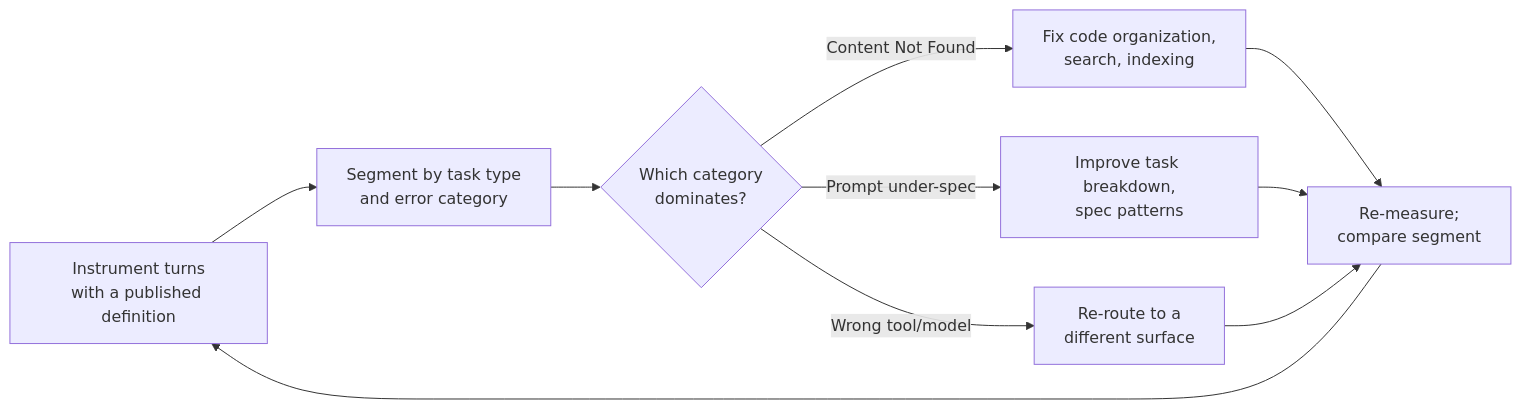
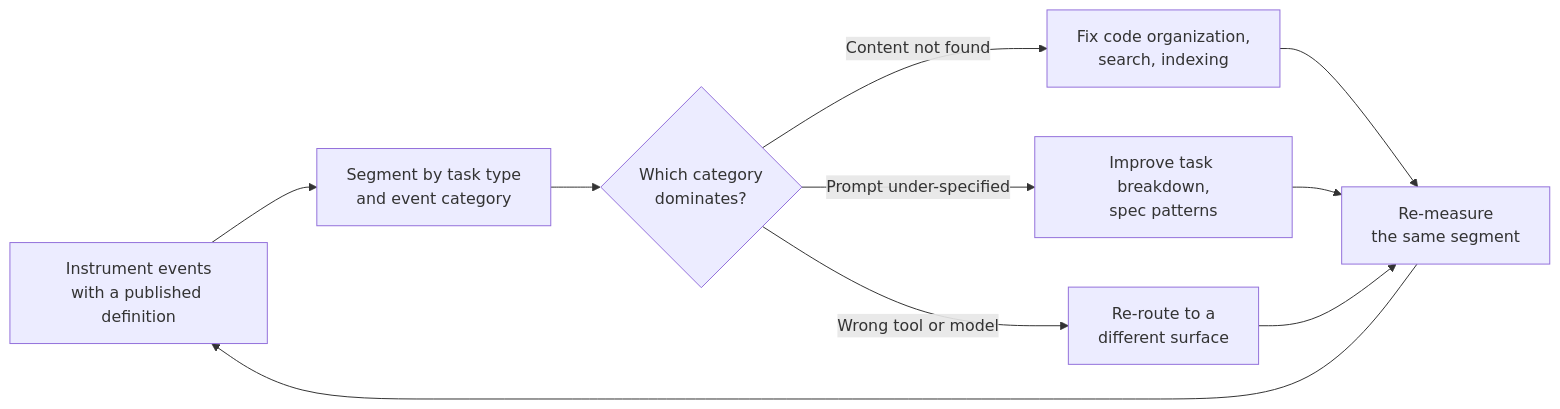
One commit to agentpatterns-ai/website changed the diagram in human/intervention-rate-diagnostic-north-star.md. Above: the diagram before and after it, drawn with Mermaid. The commit also changed other lines of this file and 71 other files, not shown here.

````diff
--- a/human/intervention-rate-diagnostic-north-star.md
+++ b/human/intervention-rate-diagnostic-north-star.md
@@ -39,12 +36,12 @@
 ```mermaid
 flowchart LR
-    A[Instrument turns<br>with a published definition] --> B[Segment by task type<br>and error category]
+    A[Instrument events<br>with a published definition] --> B[Segment by task type<br>and event category]
     B --> C{Which category<br>dominates?}
-    C -->|Content Not Found| D[Fix code organization,<br>search, indexing]
-    C -->|Prompt under-spec| E[Improve task breakdown,<br>spec patterns]
-    C -->|Wrong tool/model| F[Re-route to a<br>different surface]
-    D --> G[Re-measure;<br>compare segment]
+    C -->|Content not found| D[Fix code organization,<br>search, indexing]
+    C -->|Prompt under-specified| E[Improve task breakdown,<br>spec patterns]
+    C -->|Wrong tool or model| F[Re-route to a<br>different surface]
+    D --> G[Re-measure<br>the same segment]
     E --> G
     F --> G
     G --> A
 ```
````
